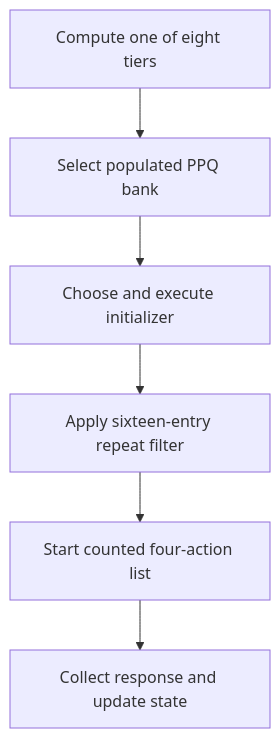
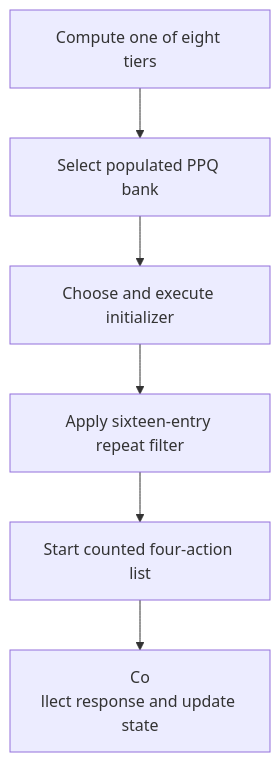
Before and after one commit to lizard43/profpac: the second of 2 diagrams in README.md, drawn with Mermaid. The commit also changed other lines of this file, not shown here.

````diff
--- a/README.md
+++ b/README.md
@@ -147,8 +153,9 @@
 ```mermaid
 flowchart TD
     Tier["Compute one of eight tiers"] --> Select["Select populated PPQ bank"]
     Select --> Init["Choose and execute initializer"]
     Init --> Filter["Apply sixteen-entry repeat filter"]
     Filter --> Actions["Start counted four-action list"]
-    Actions --> Resolve["Collect response and update state"]
+    Actions --> Resolve["Co
+llect response and update state"]
 ```
````
